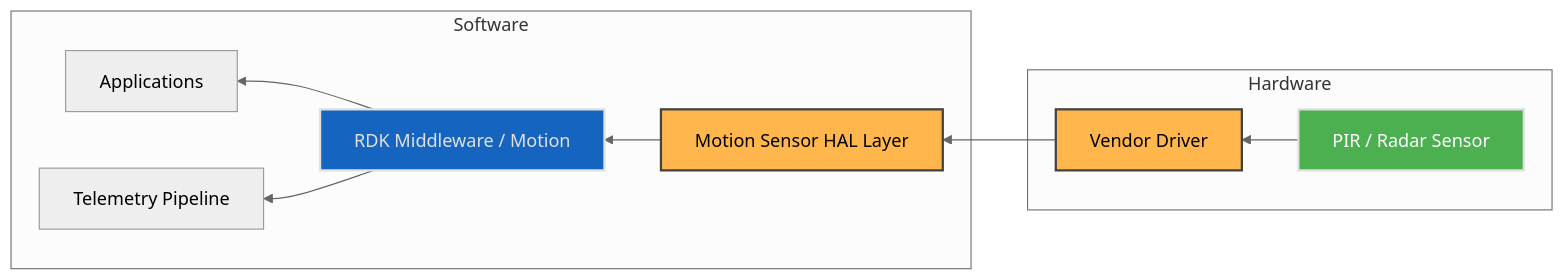
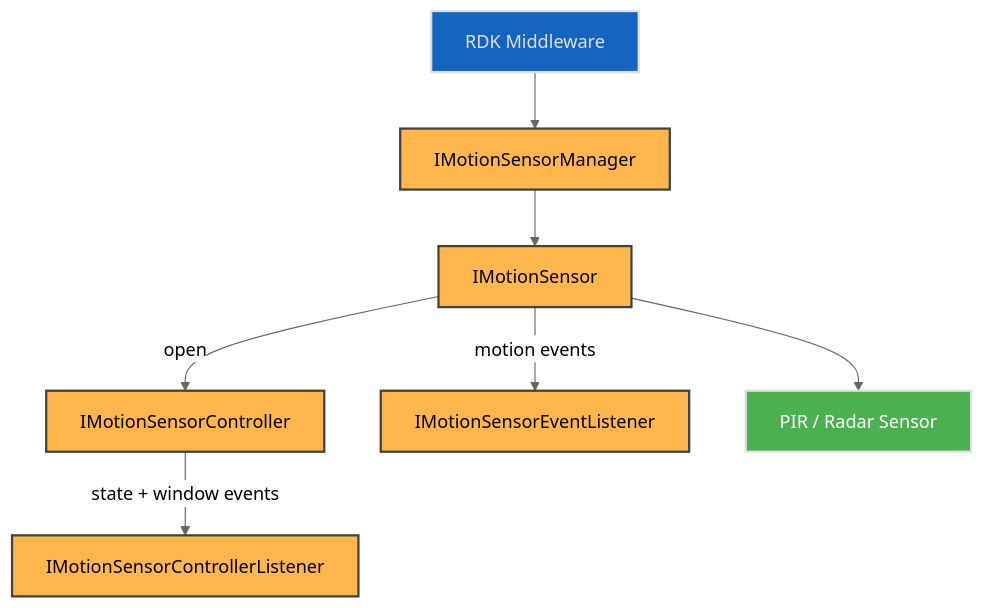
The first of 3 diagrams in docs/halif/sensor/current/motion/motion_sensor.md (rdkcentral/rdk-halif-aidl), drawn with Mermaid (neutral theme) before and after one commit. The commit also changed other lines of this file and 10 other files, not shown here.

First line of the commit message:
feat(motion_sensor)!: adopt controller pattern with StartConfig and diagnostic APIs (#427)

````diff
--- a/docs/halif/sensor/current/motion/motion_sensor.md
+++ b/docs/halif/sensor/current/motion/motion_sensor.md
@@ -99,21 +104,25 @@
 ```mermaid
-graph RL
-    subgraph Hardware
-        A1[PIR / Radar Sensor] --> B1[Vendor Driver]
-    end
-    B1 --> C1[Motion Sensor HAL Layer]
-    subgraph Software
-        C1 --> D1[RDK Middleware / Motion]
-        D1 --> E1[Applications]
-        D1 --> F1[Telemetry Pipeline]
-    end
-    classDef background fill:#121212,stroke:none,color:#E0E0E0;
+flowchart TD
+    Client[RDK Middleware]
+    Manager[IMotionSensorManager]
+    Sensor[IMotionSensor]
+    Controller[IMotionSensorController]
+    CtrlListener[IMotionSensorControllerListener]
+    EventListener[IMotionSensorEventListener]
+    Hardware[PIR / Radar Sensor]
+
+    Client --> Manager
+    Manager --> Sensor
+    Sensor -->|open| Controller
+    Controller -->|state + window events| CtrlListener
+    Sensor -->|motion events| EventListener
+    Sensor --> Hardware
+
     classDef blue fill:#1565C0,stroke:#E0E0E0,stroke-width:2px,color:#E0E0E0;
     classDef wheat fill:#FFB74D,stroke:#424242,stroke-width:2px,color:#000000;
     classDef green fill:#4CAF50,stroke:#E0E0E0,stroke-width:2px,color:#FFFFFF;
 
-    D1:::blue
-    C1:::wheat
-    A1:::green
-    B1:::wheat
+    class Client blue;
+    class Manager,Sensor,Controller,CtrlListener,EventListener wheat;
+    class Hardware green;
 ```
````
